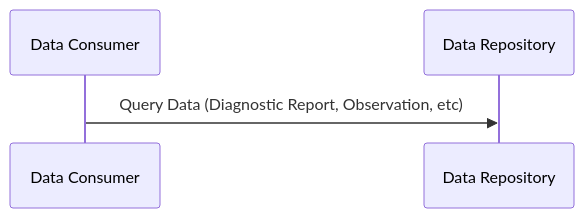
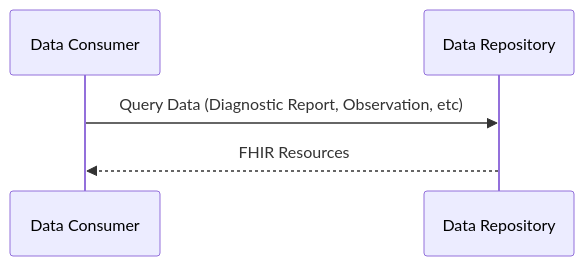
Before and after one commit to uk-gov-mirror/nw-gmsa.nw-gmsa.github.com: the second of 6 diagrams in input/pagecontent/report-options.md, drawn with Mermaid. The commit also changed other lines of this file, not shown here.

````diff
--- a/input/pagecontent/report-options.md
+++ b/input/pagecontent/report-options.md
@@ -23,7 +25,8 @@
 ```mermaid
 sequenceDiagram
     participant Consumer As Data Consumer
     participant Repository As Data Repository
 
     Consumer ->> Repository: Query Data (Diagnostic Report, Observation, etc)
+    Repository -->> Consumer :FHIR Resources
 ```
````
